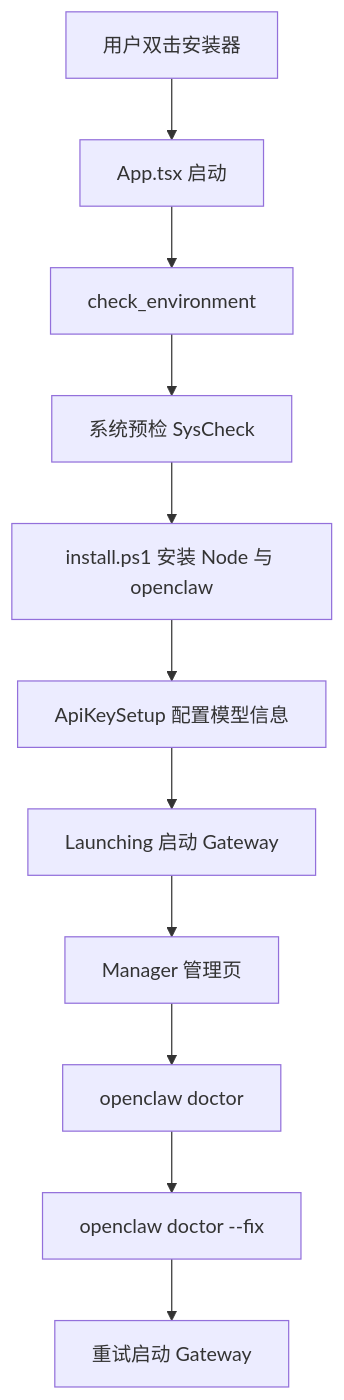
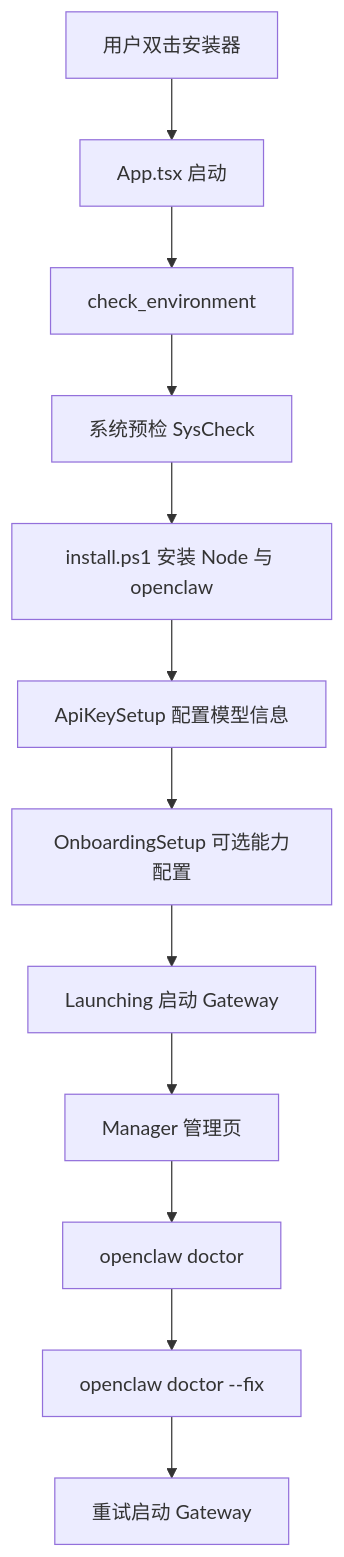
One commit to JustinBIBERRR/openclaw_quick_installer changed the first of 2 diagrams in README.md. Above: the diagram before and after it, drawn with Mermaid. The commit also changed other lines of this file and 14 other files, not shown here.

First line of the commit message:
feat: release v1.2.0 onboarding and install flow

````diff
--- a/README.md
+++ b/README.md
@@ -48,13 +60,14 @@
 ```mermaid
 flowchart TD
   userLaunch[用户双击安装器] --> appBoot[App.tsx 启动]
   appBoot --> envCheck[check_environment]
   envCheck --> syscheck[系统预检 SysCheck]
   syscheck --> install[install.ps1 安装 Node 与 openclaw]
   install --> apiKey[ApiKeySetup 配置模型信息]
-  apiKey --> launch[Launching 启动 Gateway]
+  apiKey --> onboard[OnboardingSetup 可选能力配置]
+  onboard --> launch[Launching 启动 Gateway]
   launch --> manager[Manager 管理页]
   manager --> doctor[openclaw doctor]
   doctor --> fix[openclaw doctor --fix]
   fix --> retry[重试启动 Gateway]
 ```
````
